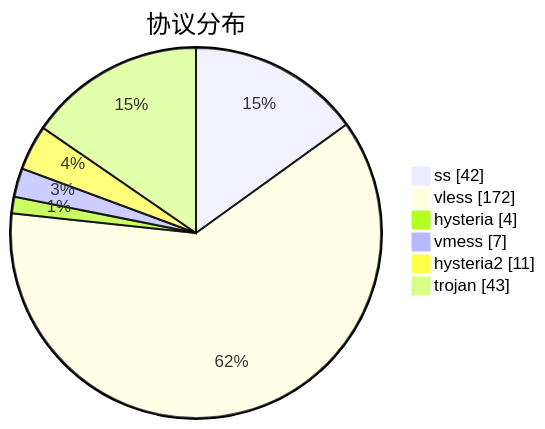
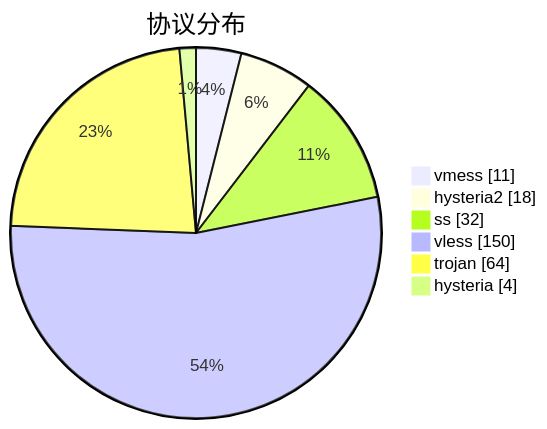
The third of 3 diagrams in subs/statistics/tested_within.md (sinspired/airport), drawn with Mermaid before and after one commit. The commit also changed other lines of this file and 2 other files, not shown here.

````diff
--- a/subs/statistics/tested_within.md
+++ b/subs/statistics/tested_within.md
@@ -40,10 +44,10 @@
 ```mermaid
 pie showData
 title 协议分布
-"ss" : 42
-"vless" : 172
+"vmess" : 11
+"hysteria2" : 18
+"ss" : 32
+"vless" : 150
+"trojan" : 64
 "hysteria" : 4
-"vmess" : 7
-"hysteria2" : 11
-"trojan" : 43
 ```
````
